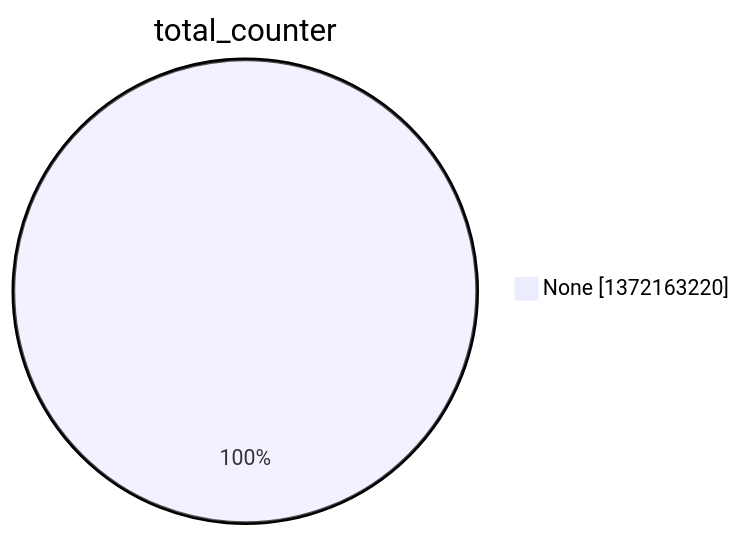
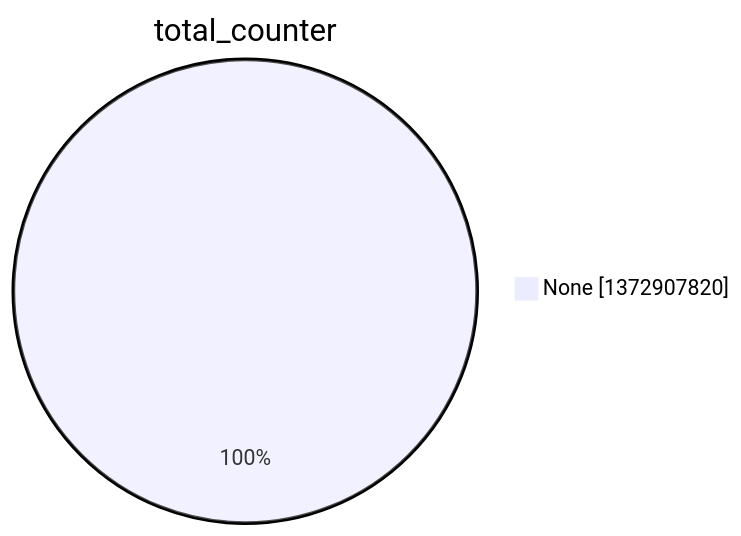
One commit to christiankrug/ctmonitor_visualization changed the second of 15 diagrams in argon2022/README.md. Above: the diagram before and after it, drawn with Mermaid. The commit also changed other lines of this file, not shown here.

````diff
--- a/argon2022/README.md
+++ b/argon2022/README.md
@@ -9,5 +9,5 @@
 ```mermaid
 pie showData
 title total_counter
-"None" :1372163220
+"None" :1372907820
 ```
````
